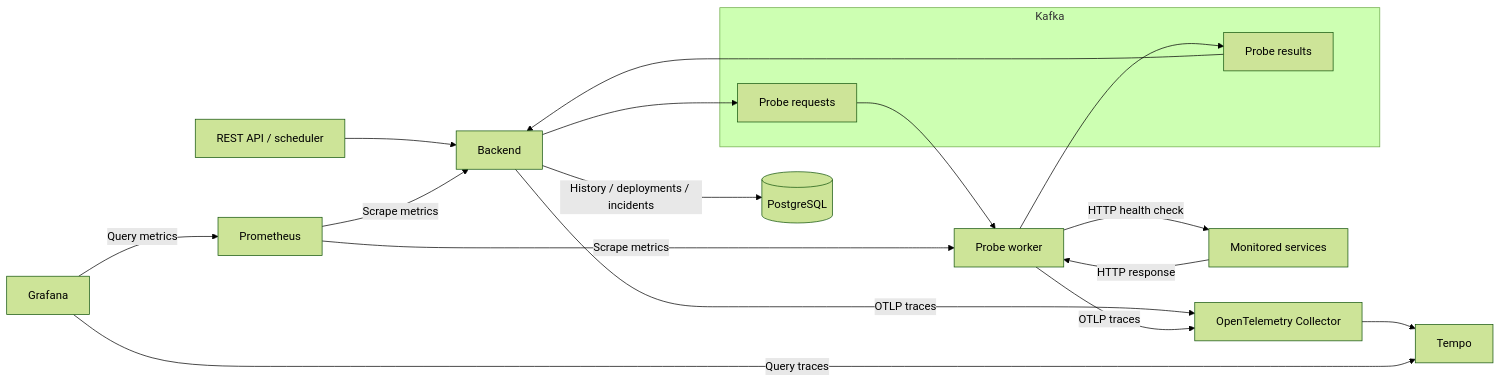
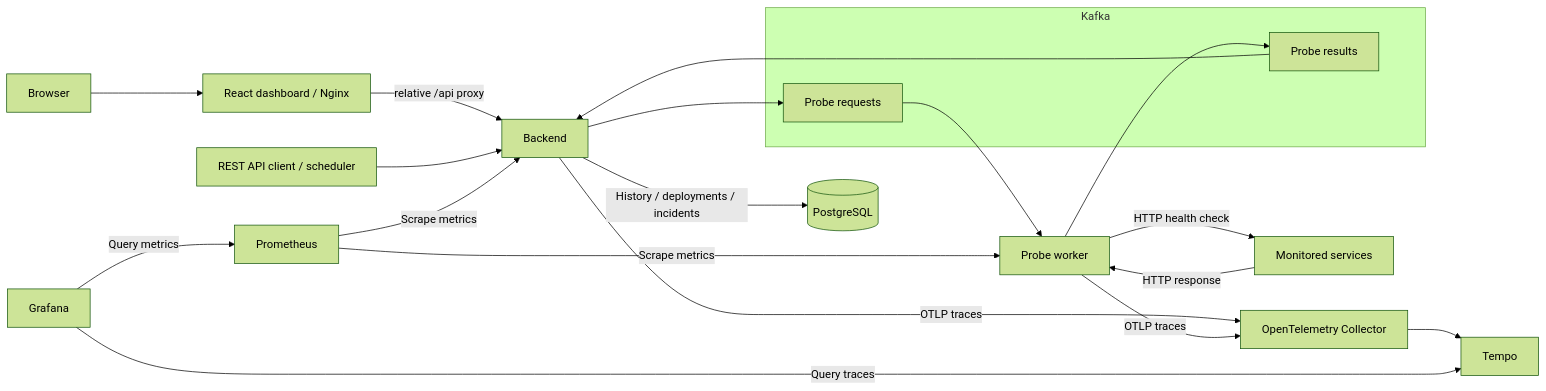
The diagram in README.md (doctor277/launchguard), drawn with Mermaid (forest theme) before and after one commit. The commit also changed other lines of this file and 3 other files, not shown here.

````diff
--- a/README.md
+++ b/README.md
@@ -17,23 +22,25 @@
 ```mermaid
 flowchart LR
-    Client[REST API / scheduler] --> Backend[Backend]
+    Browser[Browser] --> Dashboard[React dashboard / Nginx]
+    Dashboard -->|relative /api proxy| Backend[Backend]
+    Client[REST API client / scheduler] --> Backend
     subgraph Kafka[Kafka]
         Requests[Probe requests]
         Results[Probe results]
     end
     Backend --> Requests
     Requests --> Worker[Probe worker]
     Worker -->|HTTP health check| Services[Monitored services]
     Services -->|HTTP response| Worker
     Worker --> Results
     Results --> Backend
     Backend -->|History / deployments / incidents| DB[(PostgreSQL)]
 
     Prometheus -->|Scrape metrics| Backend
     Prometheus -->|Scrape metrics| Worker
     Backend -->|OTLP traces| Collector[OpenTelemetry Collector]
     Worker -->|OTLP traces| Collector
     Collector --> Tempo
     Grafana -->|Query metrics| Prometheus
     Grafana -->|Query traces| Tempo
 ```
````
